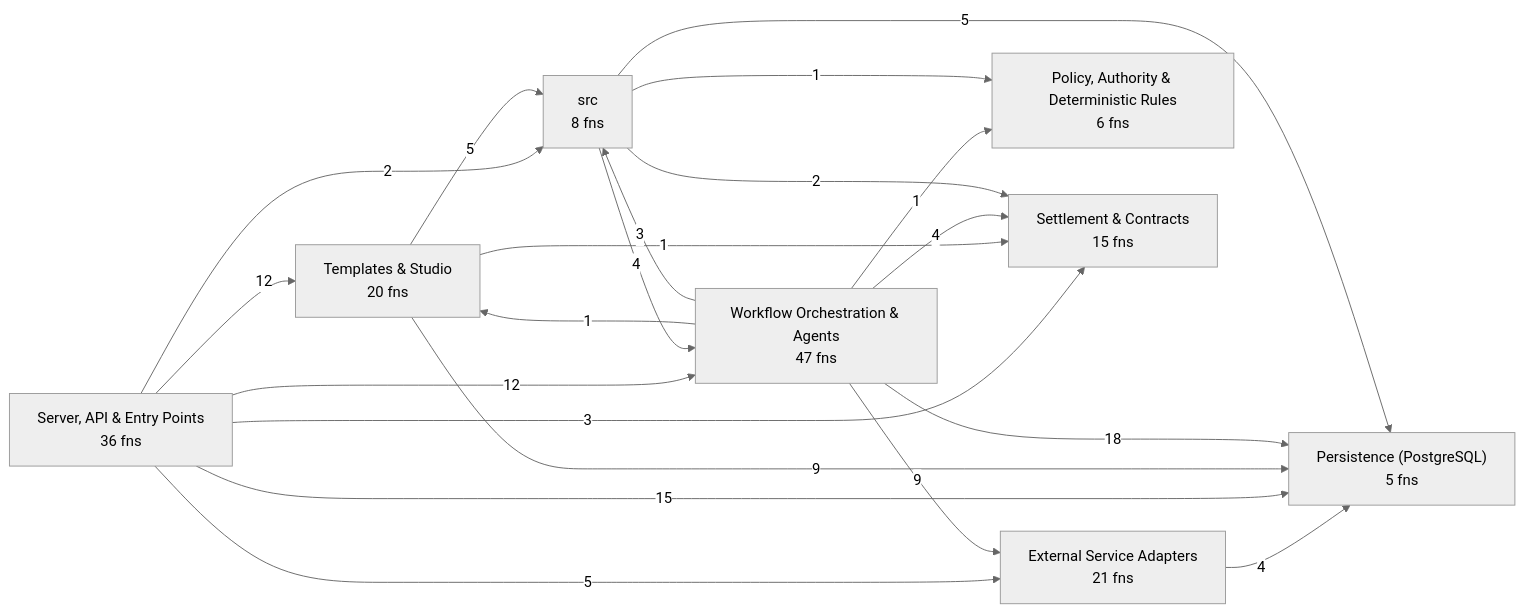
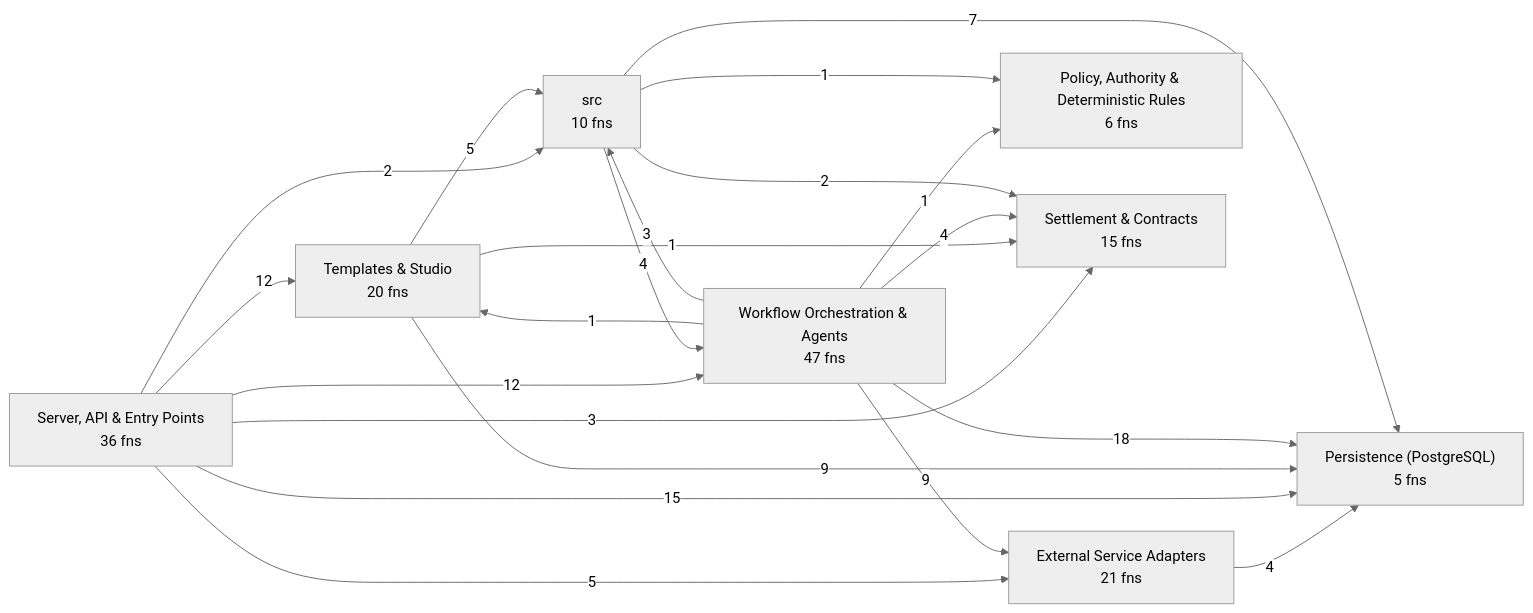
The first of 8 diagrams in docs/CODEBASE_MAP.md (Jaydearcadian/bind), drawn with Mermaid (neutral theme) before and after one commit. The commit also changed other lines of this file and 3 other files, not shown here.

````diff
--- a/docs/CODEBASE_MAP.md
+++ b/docs/CODEBASE_MAP.md
@@ -12,31 +12,31 @@
 ```mermaid
 flowchart LR
   L0["External Service Adapters<br/>21 fns"]
   L1["Persistence (PostgreSQL)<br/>5 fns"]
   L2["Policy, Authority & Deterministic Rules<br/>6 fns"]
   L3["Server, API & Entry Points<br/>36 fns"]
   L4["Settlement & Contracts<br/>15 fns"]
   L5["Templates & Studio<br/>20 fns"]
   L6["Workflow Orchestration & Agents<br/>47 fns"]
-  L7["src<br/>8 fns"]
+  L7["src<br/>10 fns"]
   L0 -->|4| L1
   L3 -->|5| L0
   L3 -->|15| L1
   L3 -->|3| L4
   L3 -->|12| L5
   L3 -->|12| L6
   L3 -->|2| L7
   L5 -->|9| L1
   L5 -->|1| L4
   L5 -->|5| L7
   L6 -->|9| L0
   L6 -->|18| L1
   L6 -->|1| L2
   L6 -->|4| L4
   L6 -->|1| L5
   L6 -->|3| L7
-  L7 -->|5| L1
+  L7 -->|7| L1
   L7 -->|1| L2
   L7 -->|2| L4
   L7 -->|4| L6
 ```
````
